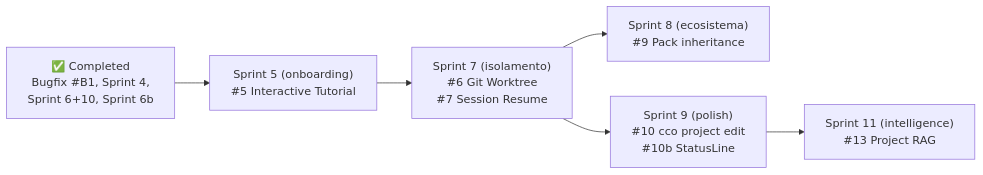
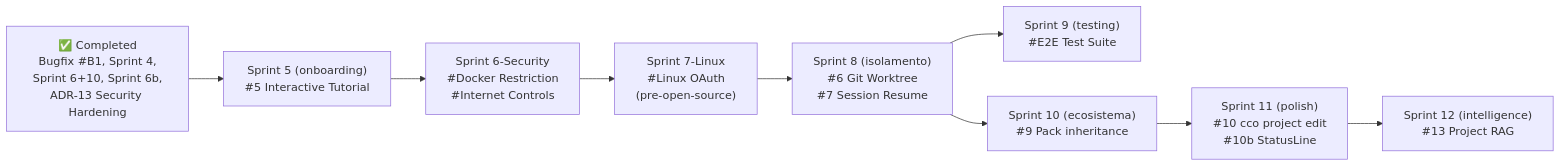
The diagram in docs/maintainer/roadmap.md (alergyonthestage/claude-orchestrator), drawn with Mermaid before and after one commit. The commit also changed other lines of this file, not shown here.

First line of the commit message:
docs(roadmap): re-prioritize sprints and add new security + linux tracks

````diff
--- a/docs/maintainer/roadmap.md
+++ b/docs/maintainer/roadmap.md
@@ -182,15 +199,22 @@
 ```mermaid
 graph LR
-    DONE["✅ Completed<br/>Bugfix #B1, Sprint 4,<br/>Sprint 6+10, Sprint 6b"]
+    DONE["✅ Completed<br/>Bugfix #B1, Sprint 4,<br/>Sprint 6+10, Sprint 6b,<br/>ADR-13 Security Hardening"]
 
     S5["Sprint 5 (onboarding)<br/>#5 Interactive Tutorial"]
-    S7["Sprint 7 (isolamento)<br/>#6 Git Worktree<br/>#7 Session Resume"]
-    S8["Sprint 8 (ecosistema)<br/>#9 Pack inheritance"]
-    S9["Sprint 9 (polish)<br/>#10 cco project edit<br/>#10b StatusLine"]
-    S11["Sprint 11 (intelligence)<br/>#13 Project RAG"]
+    S6S["Sprint 6-Security<br/>#Docker Restriction<br/>#Internet Controls"]
+    S7L["Sprint 7-Linux<br/>#Linux OAuth<br/>(pre-open-source)"]
+    S8["Sprint 8 (isolamento)<br/>#6 Git Worktree<br/>#7 Session Resume"]
+    S9["Sprint 9 (testing)<br/>#E2E Test Suite"]
+    S10["Sprint 10 (ecosistema)<br/>#9 Pack inheritance"]
+    S11["Sprint 11 (polish)<br/>#10 cco project edit<br/>#10b StatusLine"]
+    S12["Sprint 12 (intelligence)<br/>#13 Project RAG"]
 
-    DONE --> S5 --> S7
-    S7 --> S8
-    S7 --> S9
-    S9 --> S11
+    DONE --> S5
+    S5 --> S6S
+    S6S --> S7L
+    S7L --> S8
+    S8 --> S9
+    S8 --> S10
+    S10 --> S11
+    S11 --> S12
 ```
````
